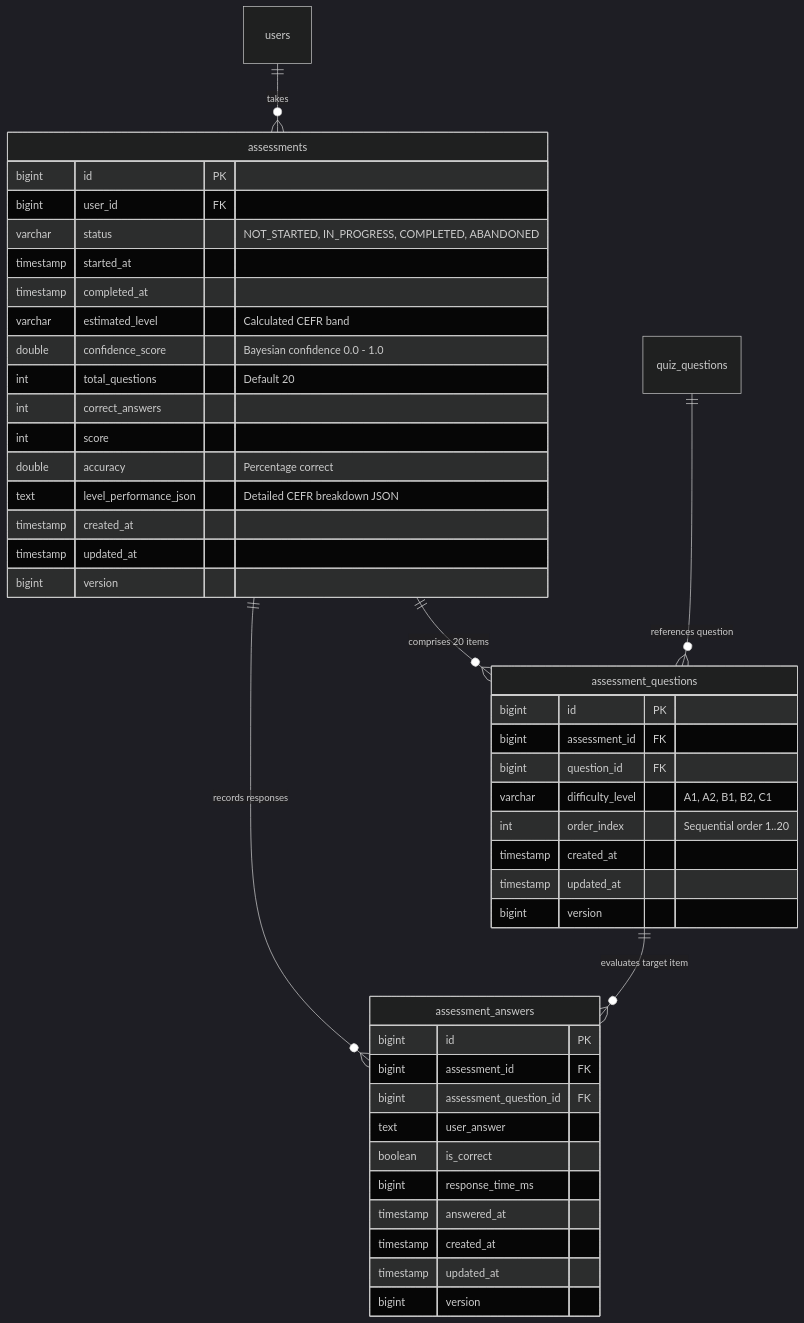
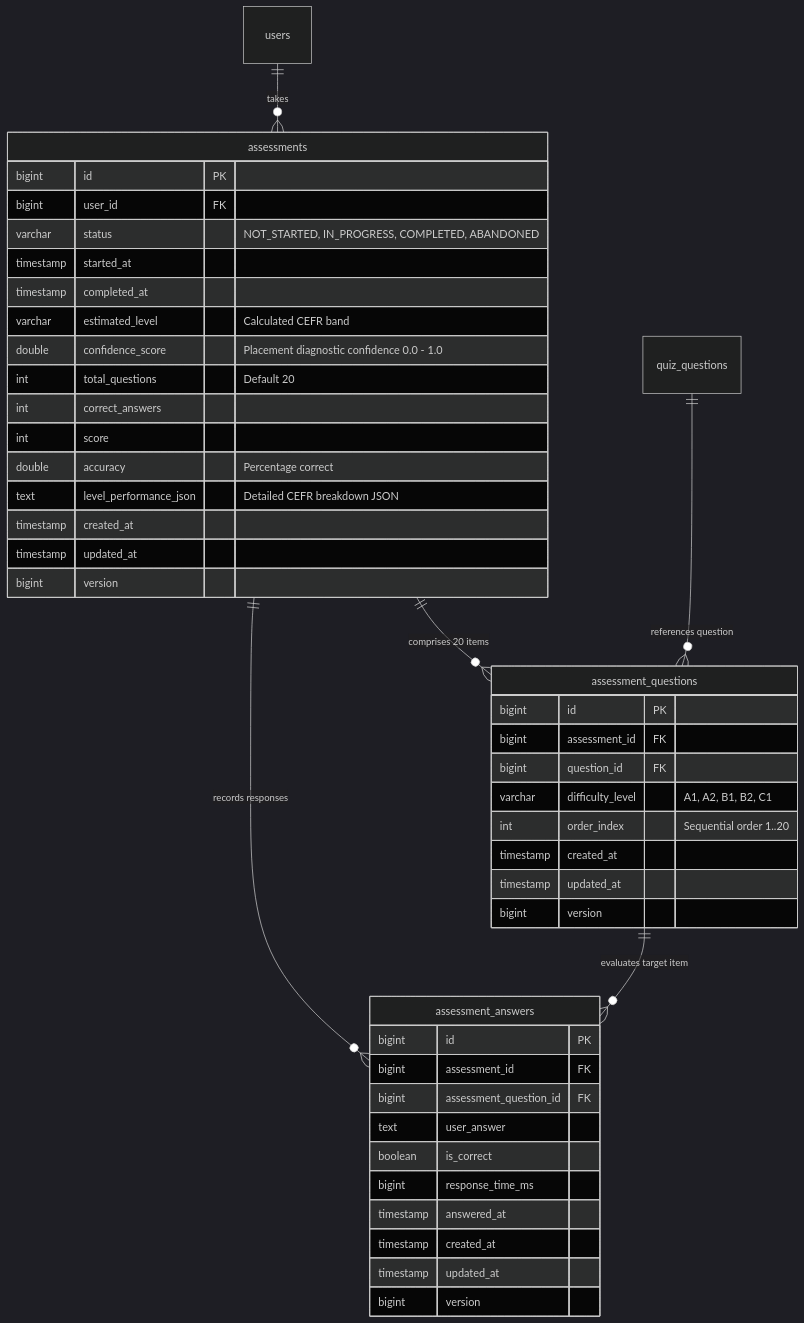
The fifth of 7 diagrams in ERD.md (Md-Shahriar-Rahman-Shihab/Memora-adaptive-personalized-vocabulary-learning-platform), drawn with Mermaid (dark theme) before and after one commit. The commit also changed other lines of this file and 6 other files, not shown here.

Commit message:
documentation & architecture reconciliation

````diff
--- a/ERD.md
+++ b/ERD.md
@@ -630,50 +631,50 @@
 ```mermaid
 erDiagram
     users ||--o{ assessments : "takes"
     assessments ||--o{ assessment_questions : "comprises 20 items"
     quiz_questions ||--o{ assessment_questions : "references question"
     assessments ||--o{ assessment_answers : "records responses"
     assessment_questions ||--o{ assessment_answers : "evaluates target item"
 
     assessments {
         bigint id PK
         bigint user_id FK
         varchar status "NOT_STARTED, IN_PROGRESS, COMPLETED, ABANDONED"
         timestamp started_at
         timestamp completed_at
         varchar estimated_level "Calculated CEFR band"
-        double confidence_score "Bayesian confidence 0.0 - 1.0"
+        double confidence_score "Placement diagnostic confidence 0.0 - 1.0"
         int total_questions "Default 20"
         int correct_answers
         int score
         double accuracy "Percentage correct"
         text level_performance_json "Detailed CEFR breakdown JSON"
         timestamp created_at
         timestamp updated_at
         bigint version
     }
 
     assessment_questions {
         bigint id PK
         bigint assessment_id FK
         bigint question_id FK
         varchar difficulty_level "A1, A2, B1, B2, C1"
         int order_index "Sequential order 1..20"
         timestamp created_at
         timestamp updated_at
         bigint version
     }
 
     assessment_answers {
         bigint id PK
         bigint assessment_id FK
         bigint assessment_question_id FK
         text user_answer
         boolean is_correct
         bigint response_time_ms
         timestamp answered_at
         timestamp created_at
         timestamp updated_at
         bigint version
     }
 ```
````
